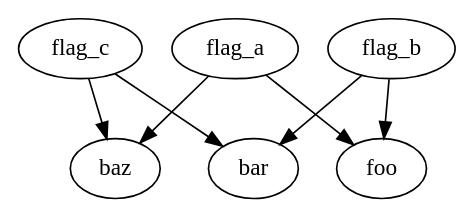
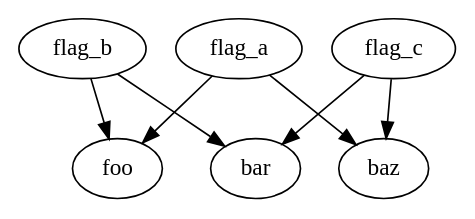
One commit to zhuang-weiming/feature-flag-dependency-analysis changed the diagram in flag_dependency_graph.dot. Above: the diagram before and after it, drawn with Graphviz. The commit also changed other lines of this file and 8 other files, not shown here.

Commit message:
Integrate semantic data flow analysis into feature flag pipeline

```diff
--- a/flag_dependency_graph.dot
+++ b/flag_dependency_graph.dot
@@ -1,8 +1,8 @@
 digraph FeatureFlagDeps {
+  "flag_a" -> "foo";
   "flag_a" -> "baz";
-  "flag_a" -> "foo";
+  "flag_b" -> "foo";
   "flag_b" -> "bar";
-  "flag_b" -> "foo";
   "flag_c" -> "baz";
   "flag_c" -> "bar";
 }
```
